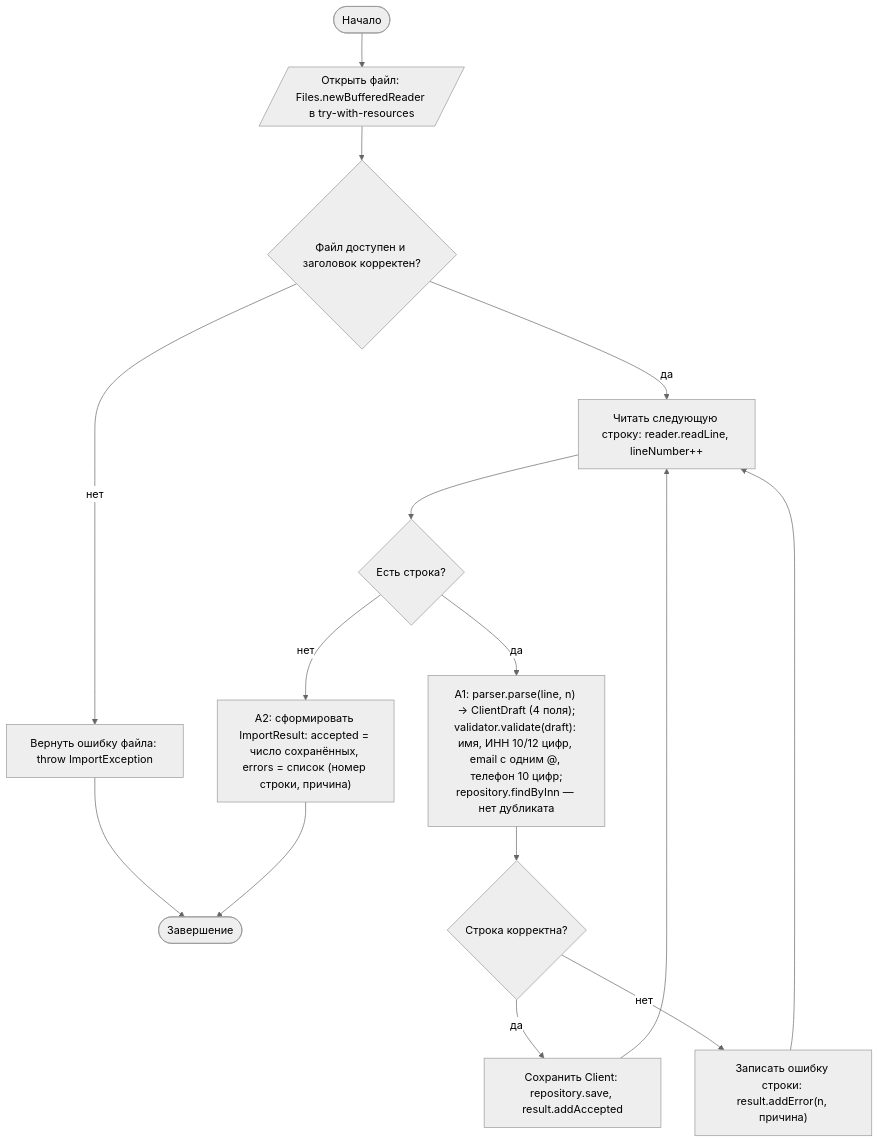
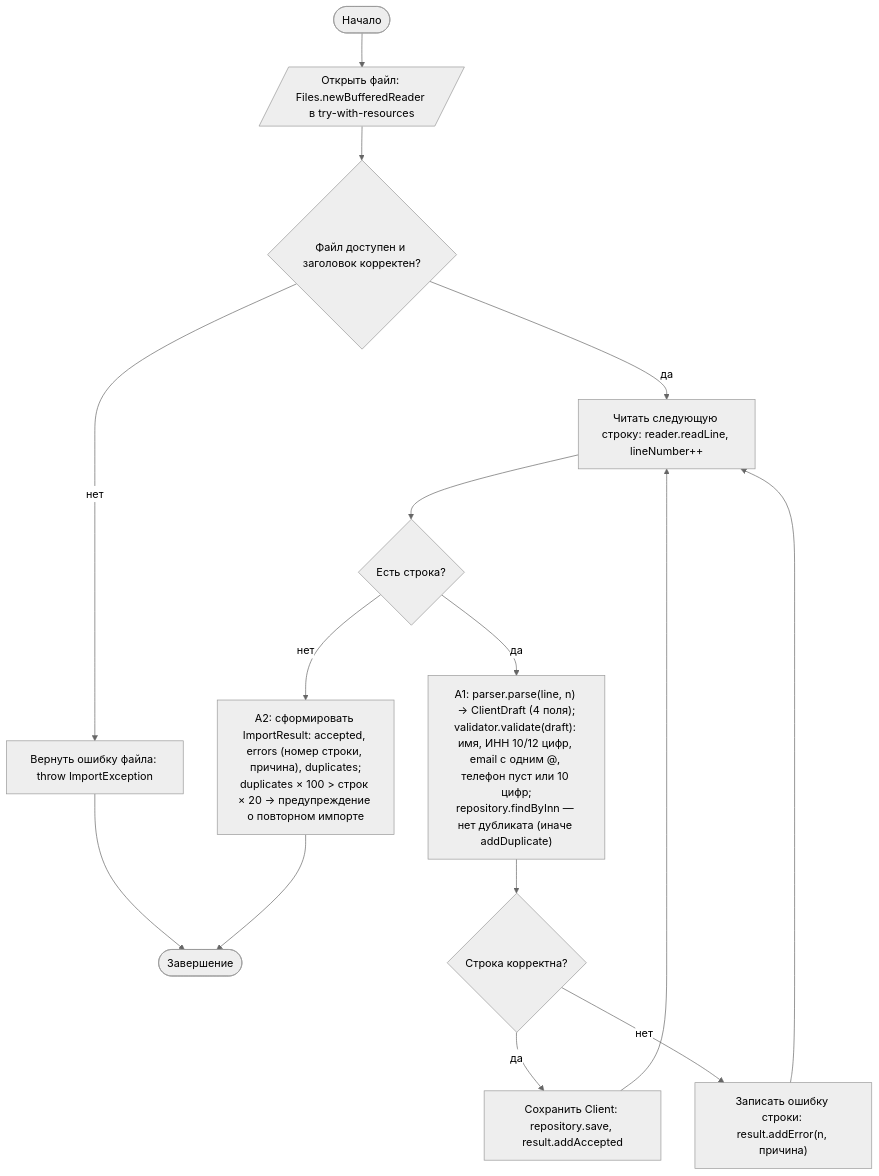
Before and after one commit to f1shi/java-practice: the first of 2 diagrams in pr11/README.md, drawn with Mermaid (neutral theme). The commit also changed other lines of this file and 68 other files, not shown here.

````diff
--- a/pr11/README.md
+++ b/pr11/README.md
@@ -38,13 +43,13 @@
 ```mermaid
 flowchart TD
     S([Начало]) --> O[/Открыть файл: Files.newBufferedReader в try-with-resources/]
     O --> FA{Файл доступен и заголовок корректен?}
     FA -- нет --> FE[Вернуть ошибку файла: throw ImportException] --> E([Завершение])
     FA -- да --> R[Читать следующую строку: reader.readLine, lineNumber++]
     R --> HL{Есть строка?}
-    HL -- нет --> A2["A2: сформировать ImportResult: accepted = число сохранённых, errors = список (номер строки, причина)"] --> E
-    HL -- да --> A1["A1: parser.parse(line, n) → ClientDraft (4 поля);<br/>validator.validate(draft): имя, ИНН 10/12 цифр, email с одним @, телефон 10 цифр;<br/>repository.findByInn — нет дубликата"]
+    HL -- нет --> A2["A2: сформировать ImportResult: accepted, errors (номер строки, причина), duplicates;<br/>duplicates × 100 > строк × 20 → предупреждение о повторном импорте"] --> E
+    HL -- да --> A1["A1: parser.parse(line, n) → ClientDraft (4 поля);<br/>validator.validate(draft): имя, ИНН 10/12 цифр, email с одним @, телефон пуст или 10 цифр;<br/>repository.findByInn — нет дубликата (иначе addDuplicate)"]
     A1 --> OK{Строка корректна?}
     OK -- да --> SV[Сохранить Client: repository.save, result.addAccepted] --> R
     OK -- нет --> ER["Записать ошибку строки: result.addError(n, причина)"] --> R
 ```
````
